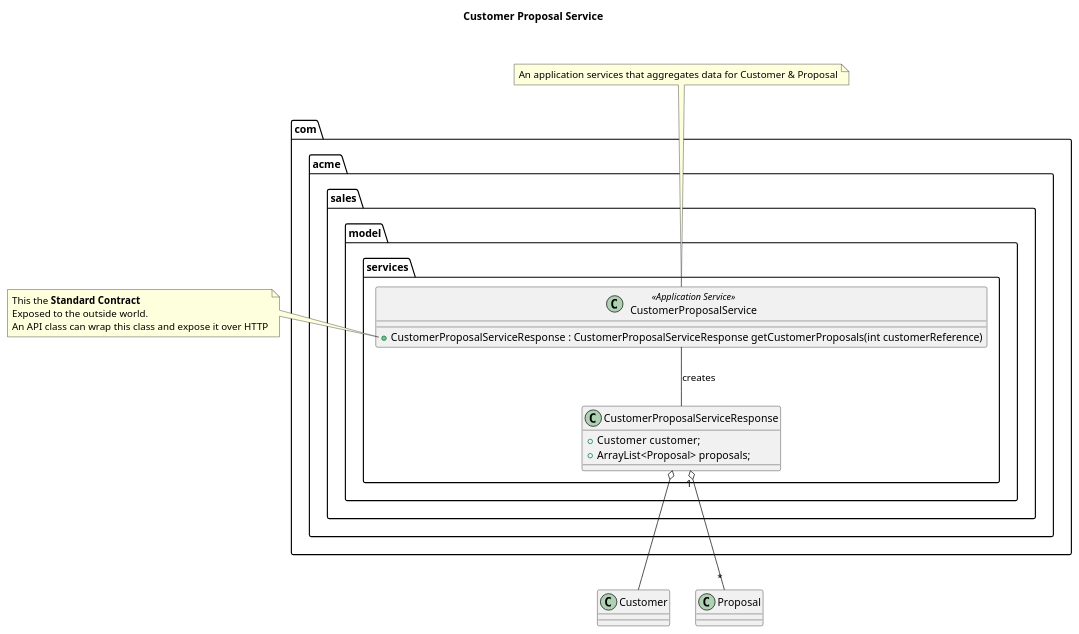
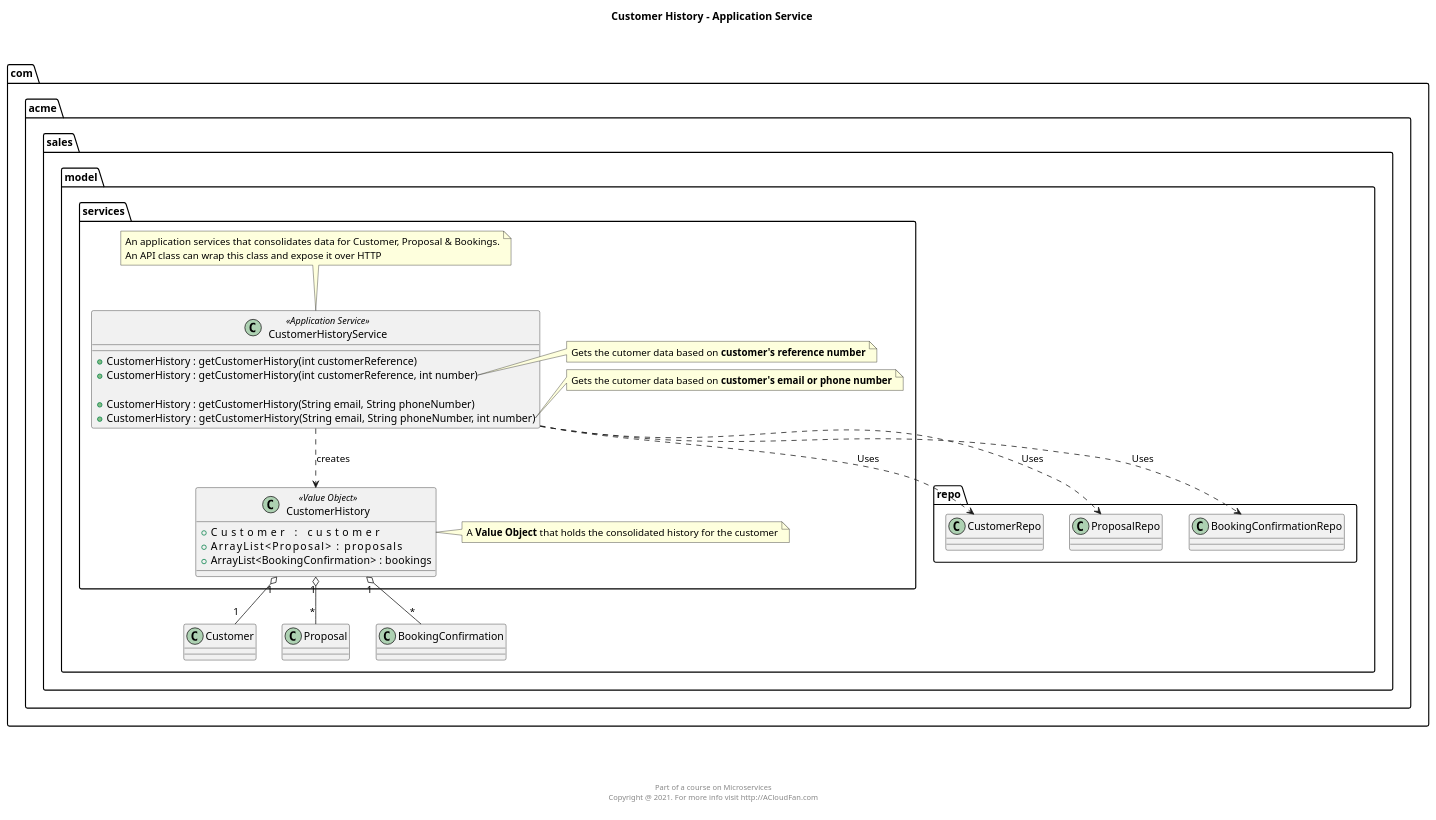
One commit to acloudfan/MSFA-ACME-Sales-vdraft changed the diagram in uml/services/customerhistory.app.service.puml. Above: the diagram before and after it, drawn with PlantUML. The commit also changed other lines of this file and 15 other files, not shown here.

```diff
--- a/uml/services/customerhistory.app.service.puml
+++ b/uml/services/customerhistory.app.service.puml
@@ -1,31 +1,55 @@
 @startuml
 
 package com.acme.sales.model.services {
-    class  CustomerProposalService <<Application Service>> {
-        + CustomerProposalServiceResponse : CustomerProposalServiceResponse getCustomerProposals(int customerReference)
+    class  CustomerHistoryService <<Application Service>> {
+        + CustomerHistory : getCustomerHistory(int customerReference)
+        + CustomerHistory : getCustomerHistory(int customerReference, int number)
+
+        + CustomerHistory : getCustomerHistory(String email, String phoneNumber)
+        + CustomerHistory : getCustomerHistory(String email, String phoneNumber, int number)
     }
+    note top of CustomerHistoryService : An application services that consolidates data for Customer, Proposal & Bookings.\nAn API class can wrap this class and expose it over HTTP
+    note right of CustomerHistoryService::"CustomerHistory : getCustomerHistory(int customerReference, int number)"
+        Gets the cutomer data based on <b>customer's reference number</b>
+    end note
+    note right of CustomerHistoryService::"CustomerHistory : getCustomerHistory(String email, String phoneNumber, int number)"
+        Gets the cutomer data based on <b>customer's email or phone number</b>
+    end note
 
-    class CustomerProposalServiceResponse{
-        + Customer  customer;
-        + ArrayList<Proposal> proposals;
+    class CustomerHistory <<Value Object>> {
+        + Customer                        :  customer
+        + ArrayList<Proposal>             :  proposals
+        + ArrayList<BookingConfirmation>  :  bookings
     }
+    note right of CustomerHistory : A <b>Value Object</b> that holds the consolidated history for the customer
 }
-note top of CustomerProposalService : An application services that aggregates data for Customer & Proposal
+CustomerHistoryService ..> CustomerHistory : creates
 
-note left of CustomerProposalService::"CustomerProposalServiceResponse : CustomerProposalServiceResponse getCustomerProposals(int customerReference)"
-   This the <b>Standard Contract</b>
-   Exposed to the outside world.
-   An API class can wrap this class and expose it over HTTP
-end note
+'Uses the repositories for fetching the entities
+package com.acme.sales.model.repo {
+    class CustomerRepo {}
+    class ProposalRepo {}
+    class BookingConfirmationRepo {}
+}
+CustomerHistoryService ..> CustomerRepo : Uses
+CustomerHistoryService ..> ProposalRepo : Uses
+CustomerHistoryService ..> BookingConfirmationRepo : Uses
 
+'These are the core elements of the model
+package com.acme.sales.model {
+    class Customer {}
+    class Proposal {}
+    class BookingConfirmation {}
+}
 
-CustomerProposalService -- CustomerProposalServiceResponse : creates
+CustomerHistory "1" o-- "1" Customer
+CustomerHistory "1" o-- "*" Proposal
+CustomerHistory "1" o-- "*" BookingConfirmation
 
 '!include ../customer.class.puml
-CustomerProposalServiceResponse o-- Customer
+'!include ../proposal.puml
+'!include ../booking/bookingconfirmation.class.puml
 
-'!include ../proposal.puml
-CustomerProposalServiceResponse "1" o-- "*" Proposal
-
-Title Customer Proposal Service \n\n
+Title Customer History - Application Service \n\n
+footer \n\n\n\n\n Part of a course on Microservices \n Copyright @ 2021. For more info visit http://ACloudFan.com \n
 @enduml
```
